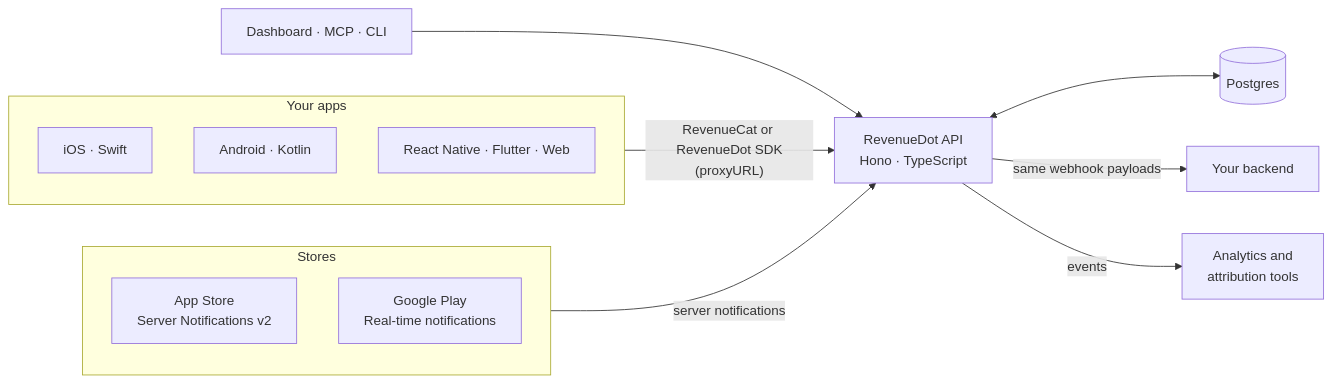
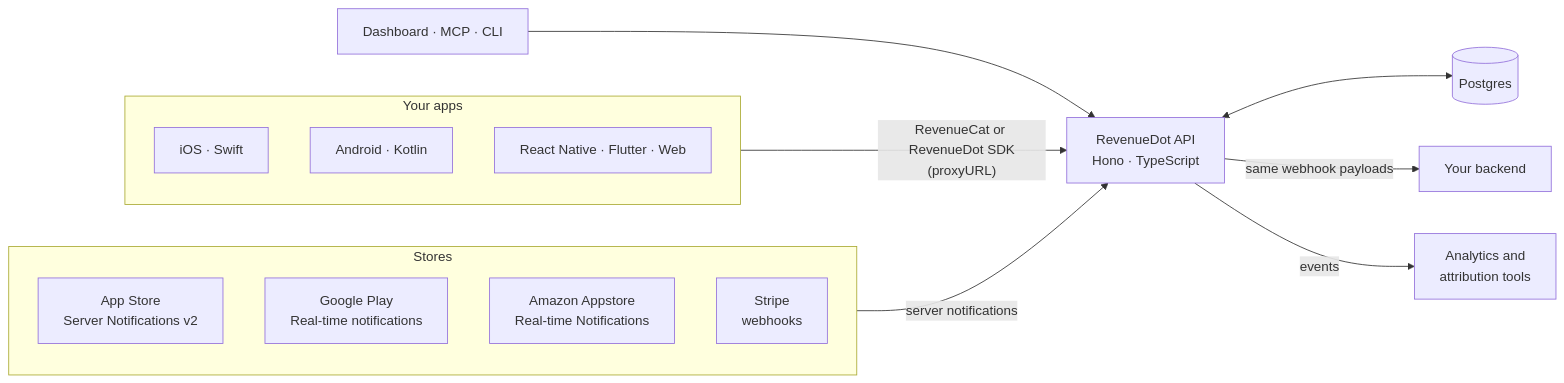
The first of 2 diagrams in README.md (revenuedot/revenuedot), drawn with Mermaid before and after one commit. The commit also changed other lines of this file and 4 other files, not shown here.

Commit message:
README (Amazon and Stripe rows, FAQ with screenshots), site docs nav, PRD test sections

````diff
--- a/README.md
+++ b/README.md
@@ -73,18 +73,20 @@
 ```mermaid
 flowchart LR
   subgraph Apps["Your apps"]
     iOS["iOS · Swift"]
     And["Android · Kotlin"]
     X["React Native · Flutter · Web"]
   end
   subgraph Stores["Stores"]
     AS["App Store<br/>Server Notifications v2"]
     GP["Google Play<br/>Real-time notifications"]
+    AZ["Amazon Appstore<br/>Real-time Notifications"]
+    ST["Stripe<br/>webhooks"]
   end
   Apps -- "RevenueCat or RevenueDot SDK<br/>(proxyURL)" --> API["RevenueDot API<br/>Hono · TypeScript"]
   Stores -- "server notifications" --> API
   API <--> DB[("Postgres")]
   API -- "same webhook payloads" --> BE["Your backend"]
   API -- "events" --> INT["Analytics and<br/>attribution tools"]
   DASH["Dashboard · MCP · CLI"] --> API
 ```
````
